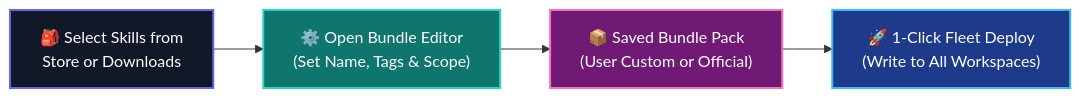
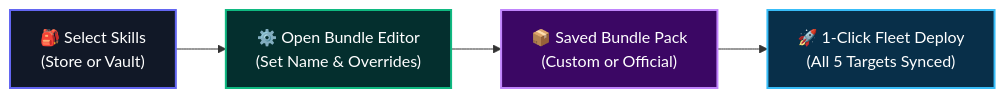
Before and after one commit to abhishek01032007-pixel/Nexora: the second of 2 diagrams in README.md, drawn with Mermaid. The commit also changed other lines of this file, not shown here.

````diff
--- a/README.md
+++ b/README.md
@@ -159,11 +161,11 @@
 ```mermaid
 flowchart LR
     classDef input fill:#111827,stroke:#6366f1,stroke-width:2px,color:#fff;
-    classDef editor fill:#0f766e,stroke:#2dd4bf,stroke-width:2px,color:#fff;
-    classDef bundle fill:#701a75,stroke:#f472b6,stroke-width:2px,color:#fff;
-    classDef target fill:#1e3a8a,stroke:#38bdf8,stroke-width:2px,color:#fff;
+    classDef editor fill:#042f2e,stroke:#10b981,stroke-width:2px,color:#fff;
+    classDef bundle fill:#3b0764,stroke:#c084fc,stroke-width:2px,color:#fff;
+    classDef target fill:#082f49,stroke:#38bdf8,stroke-width:2px,color:#fff;
 
-    A["🎒 Select Skills from\nStore or Downloads"]:::input --> B["⚙️ Open Bundle Editor\n(Set Name, Tags & Scope)"]:::editor
-    B --> C["📦 Saved Bundle Pack\n(User Custom or Official)"]:::bundle
-    C --> D["🚀 1-Click Fleet Deploy\n(Write to All Workspaces)"]:::target
+    A["🎒 Select Skills\n(Store or Vault)"]:::input --> B["⚙️ Open Bundle Editor\n(Set Name & Overrides)"]:::editor
+    B --> C["📦 Saved Bundle Pack\n(Custom or Official)"]:::bundle
+    C --> D["🚀 1-Click Fleet Deploy\n(All 5 Targets Synced)"]:::target
 ```
````
